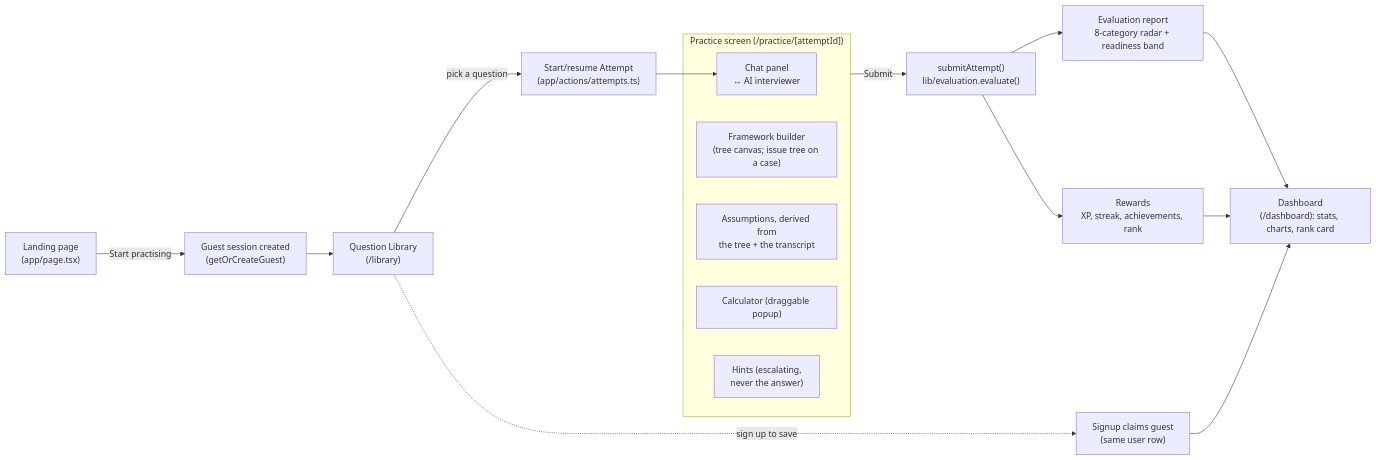
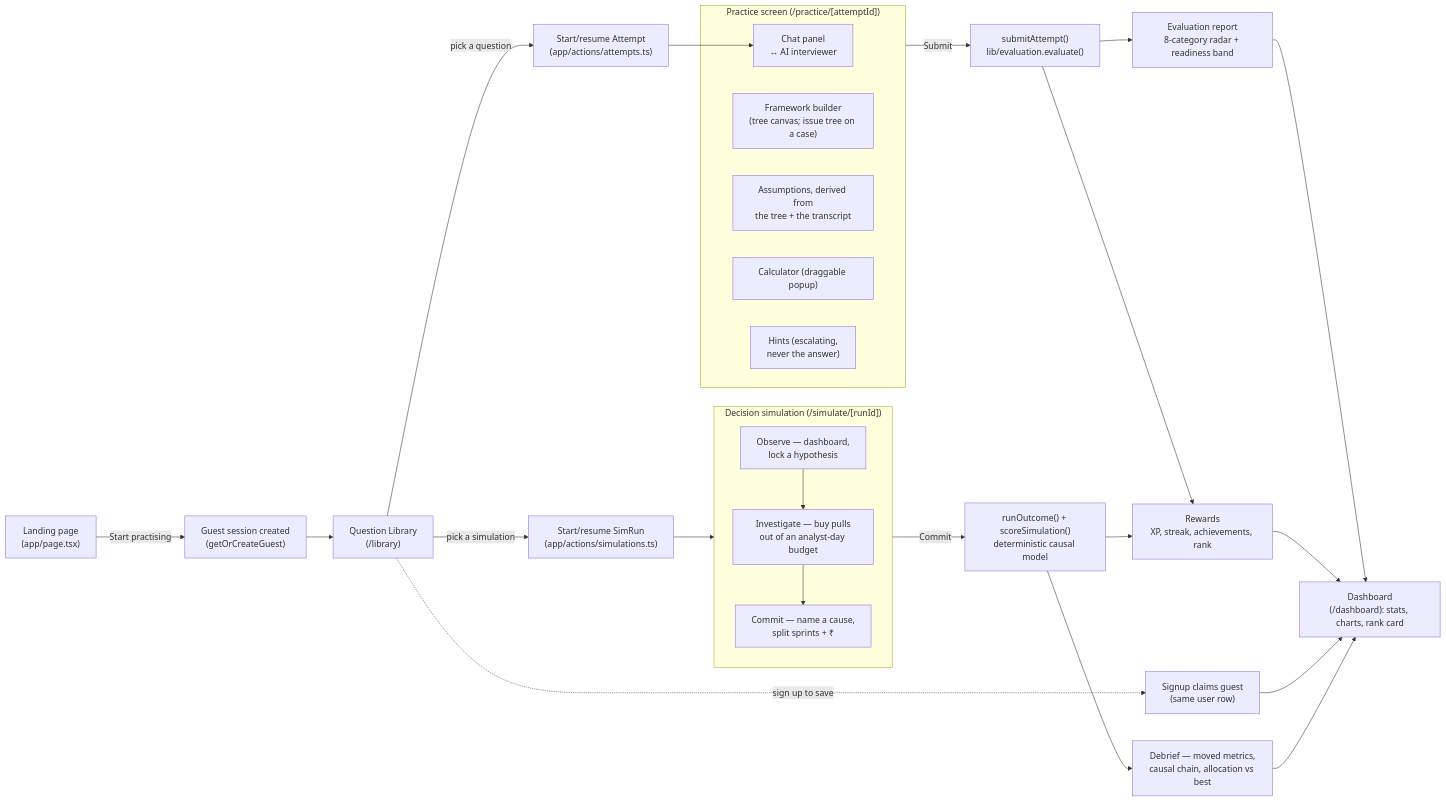
One commit to pr4t3ek/FAKEcases changed the second of 8 diagrams in docs/ARCHITECTURE.md. Above: the diagram before and after it, drawn with Mermaid. The commit also changed other lines of this file and 4 other files, not shown here.

````diff
--- a/docs/ARCHITECTURE.md
+++ b/docs/ARCHITECTURE.md
@@ -96,23 +96,38 @@
 ```mermaid
 flowchart LR
     A["Landing page\n(app/page.tsx)"] -->|"Start practising"| B["Guest session created\n(getOrCreateGuest)"]
     B --> C["Question Library\n(/library)"]
     C -->|"pick a question"| D["Start/resume Attempt\n(app/actions/attempts.ts)"]
     D --> E1
 
     subgraph Practice["Practice screen (/practice/[attemptId])"]
         E1["Chat panel\n↔ AI interviewer"]
         E2["Framework builder\n(tree canvas; issue tree on a case)"]
         E3["Assumptions, derived from\nthe tree + the transcript"]
         E4["Calculator (draggable popup)"]
         E5["Hints (escalating,\nnever the answer)"]
     end
 
     Practice -->|"Submit"| F["submitAttempt()\nlib/evaluation.evaluate()"]
     F --> G["Evaluation report\n8-category radar + readiness band"]
     F --> H["Rewards\nXP, streak, achievements, rank"]
     G --> I["Dashboard\n(/dashboard): stats, charts, rank card"]
     H --> I
     C -.->|"sign up to save"| J["Signup claims guest\n(same user row)"]
     J --> I
+
+    C -->|"pick a simulation"| S0["Start/resume SimRun\n(app/actions/simulations.ts)"]
+    S0 --> Sim
+
+    subgraph Sim["Decision simulation (/simulate/[runId])"]
+        S1["Observe — dashboard,\nlock a hypothesis"]
+        S2["Investigate — buy pulls\nout of an analyst-day budget"]
+        S3["Commit — name a cause,\nsplit sprints + ₹"]
+        S1 --> S2 --> S3
+    end
+
+    Sim -->|"Commit"| SK["runOutcome() + scoreSimulation()\ndeterministic causal model"]
+    SK --> SR["Debrief — moved metrics,\ncausal chain, allocation vs best"]
+    SK --> H
+    SR --> I
 ```
````
